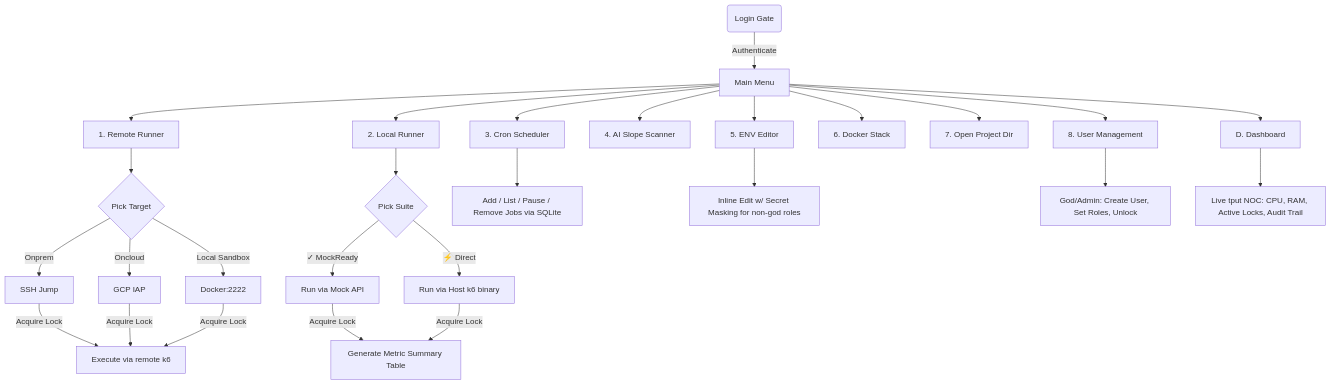
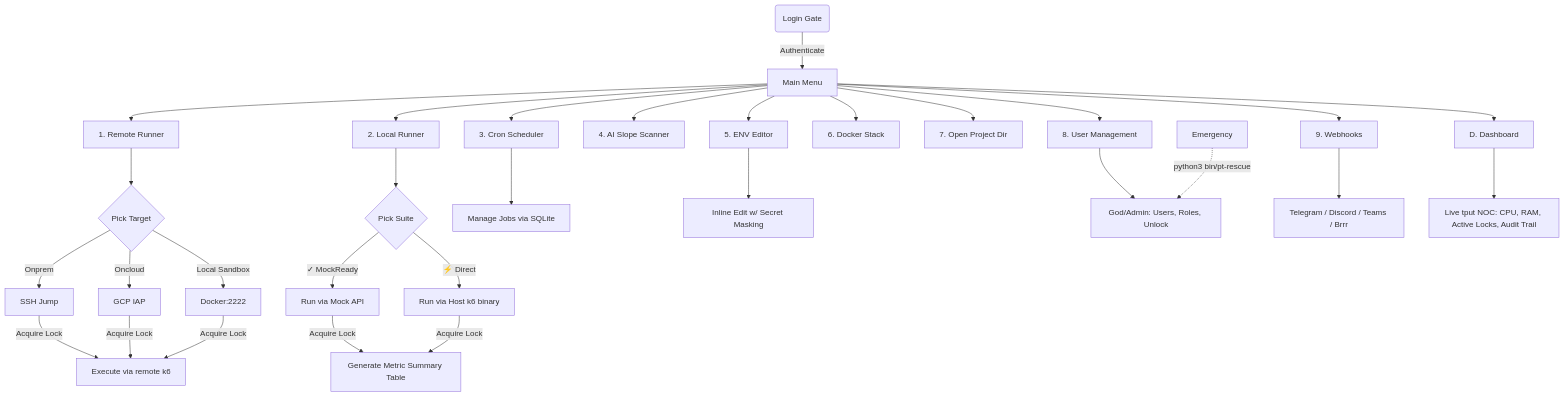
Before and after one commit to termaulmaul/growin_performancetest: the diagram in README.md, drawn with Mermaid. The commit also changed other lines of this file and 3 other files, not shown here.

````diff
--- a/README.md
+++ b/README.md
@@ -35,29 +35,33 @@
 ```mermaid
 flowchart TD
     A(Login Gate) -->|Authenticate| B[Main Menu]
     B --> C[1. Remote Runner]
     B --> D[2. Local Runner]
     B --> E[3. Cron Scheduler]
     B --> F[4. AI Slope Scanner]
     B --> G[5. ENV Editor]
     B --> H[6. Docker Stack]
     B --> I[7. Open Project Dir]
     B --> J[8. User Management]
+    B --> L[9. Webhooks]
     B --> K[D. Dashboard]
 
     C --> C1{Pick Target}
     C1 -->|Onprem| C2[SSH Jump]
     C1 -->|Oncloud| C3[GCP IAP]
     C1 -->|Local Sandbox| C4[Docker:2222]
     C2 & C3 & C4 -->|Acquire Lock| C5[Execute via remote k6]
 
     D --> D1{Pick Suite}
     D1 -->|✓ MockReady| D2[Run via Mock API]
     D1 -->|⚡ Direct| D3[Run via Host k6 binary]
     D2 & D3 -->|Acquire Lock| D4[Generate Metric Summary Table]
 
-    E --> E1[Add / List / Pause / Remove Jobs via SQLite]
-    G --> G1[Inline Edit w/ Secret Masking for non-god roles]
-    J --> J1[God/Admin: Create User, Set Roles, Unlock]
+    E --> E1[Manage Jobs via SQLite]
+    G --> G1[Inline Edit w/ Secret Masking]
+    J --> J1[God/Admin: Users, Roles, Unlock]
+    L --> L1[Telegram / Discord / Teams / Brrr]
     K --> K1[Live tput NOC: CPU, RAM, Active Locks, Audit Trail]
+    
+    Z[Emergency] -.->|python3 bin/pt-rescue| J1
 ```
````
